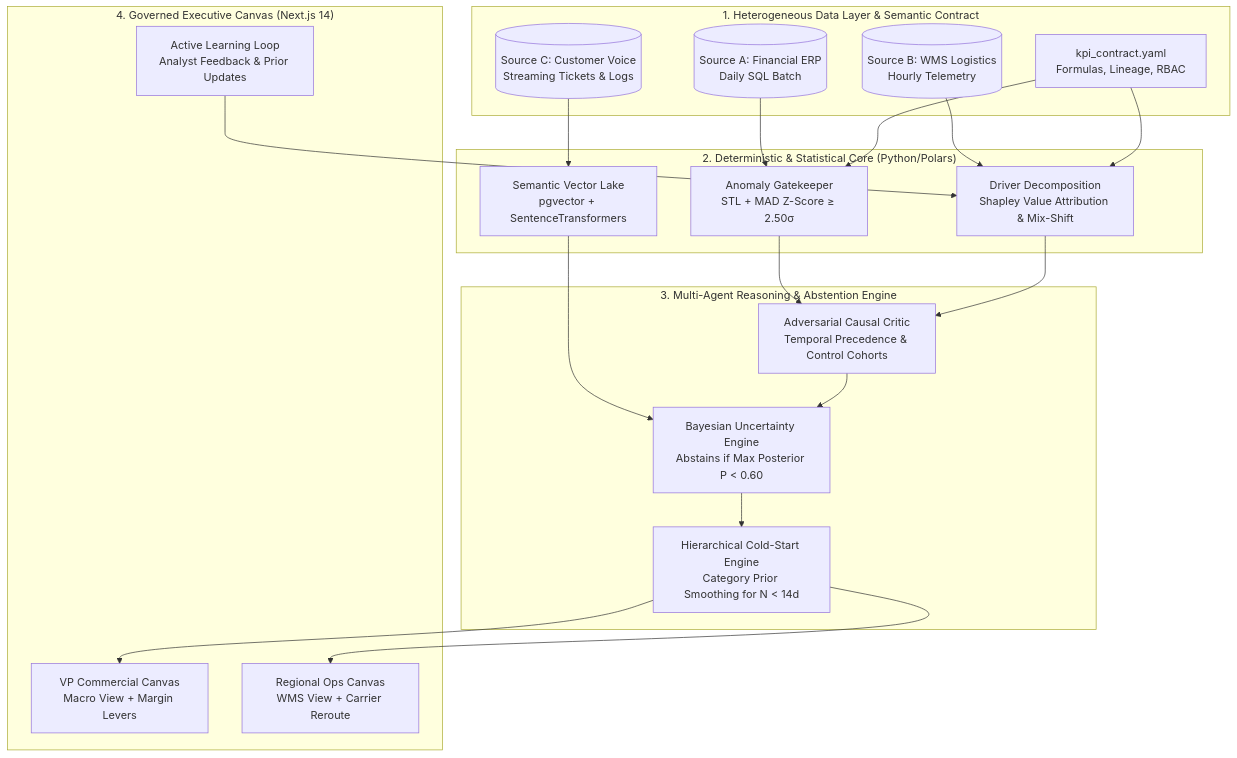
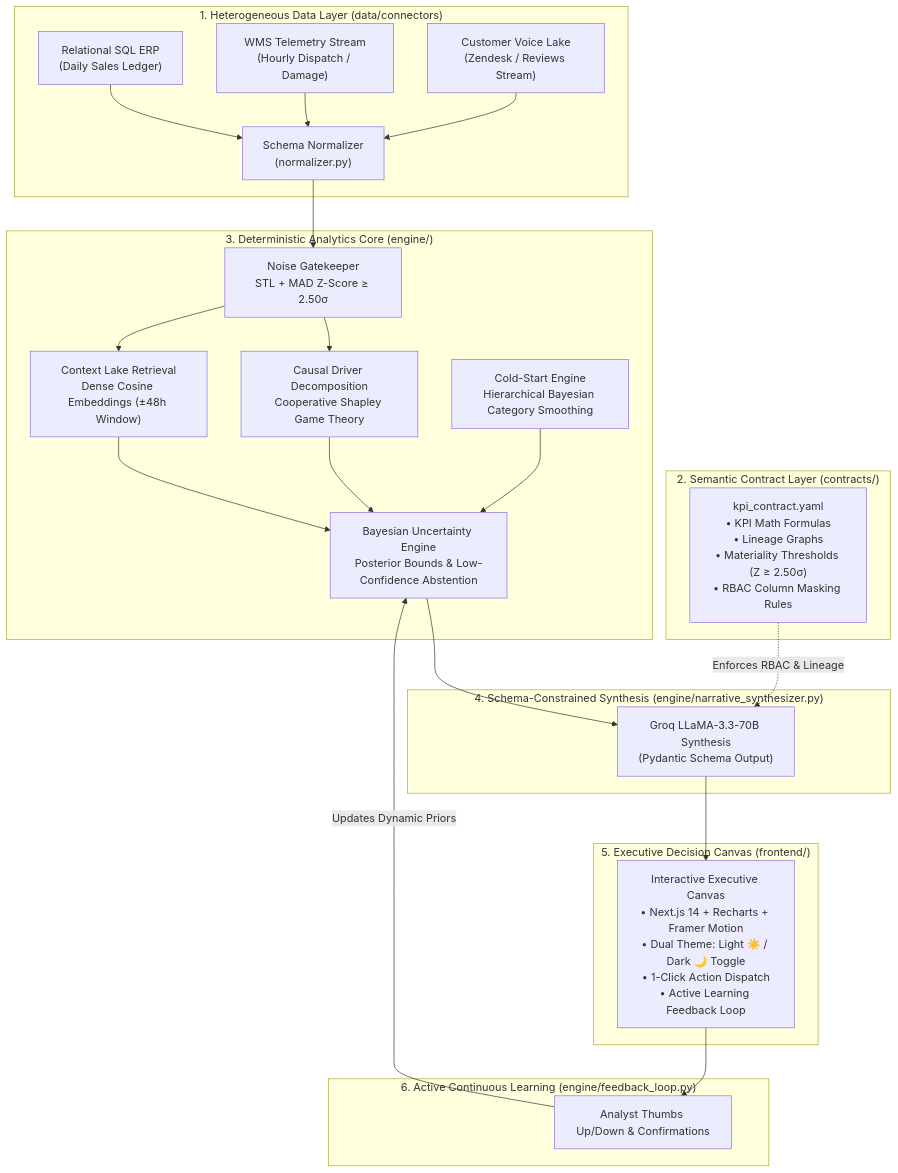
Before and after one commit to artignite3/BusinessIntelligence.ai: the diagram in README.md, drawn with Mermaid. The commit also changed other lines of this file and 2 other files, not shown here.

````diff
--- a/README.md
+++ b/README.md
@@ -36,41 +27,47 @@
 ```mermaid
 flowchart TD
-    subgraph Ingestion["1. Heterogeneous Data Layer & Semantic Contract"]
-        A1[(Source A: Financial ERP<br/>Daily SQL Batch)]
-        A2[(Source B: WMS Logistics<br/>Hourly Telemetry)]
-        A3[(Source C: Customer Voice<br/>Streaming Tickets & Logs)]
-        SC[kpi_contract.yaml<br/>Formulas, Lineage, RBAC]
+    subgraph DataIngestion ["1. Heterogeneous Data Layer (data/connectors)"]
+        S1["Relational SQL ERP<br/>(Daily Sales Ledger)"]
+        S2["WMS Telemetry Stream<br/>(Hourly Dispatch / Damage)"]
+        S3["Customer Voice Lake<br/>(Zendesk / Reviews Stream)"]
+        NORM["Schema Normalizer<br/>(normalizer.py)"]
+        S1 --> NORM
+        S2 --> NORM
+        S3 --> NORM
     end
 
-    subgraph DeterministicCore["2. Deterministic & Statistical Core (Python/Polars)"]
-        B1["Anomaly Gatekeeper<br/>STL + MAD Z-Score ≥ 2.50σ"]
-        B2["Driver Decomposition<br/>Shapley Value Attribution & Mix-Shift"]
-        B3["Semantic Vector Lake<br/>pgvector + SentenceTransformers"]
+    subgraph Governance ["2. Semantic Contract Layer (contracts/)"]
+        YAML["kpi_contract.yaml<br/>• KPI Math Formulas<br/>• Lineage Graphs<br/>• Materiality Thresholds (Z ≥ 2.50σ)<br/>• RBAC Column Masking Rules"]
     end
 
-    subgraph CausalReasoning["3. Multi-Agent Reasoning & Abstention Engine"]
-        C1["Adversarial Causal Critic<br/>Temporal Precedence & Control Cohorts"]
-        C2["Bayesian Uncertainty Engine<br/>Abstains if Max Posterior P < 0.60"]
-        C3["Hierarchical Cold-Start Engine<br/>Category Prior Smoothing for N < 14d"]
+    subgraph AnalyticsEngine ["3. Deterministic Analytics Core (engine/)"]
+        ANOM["Noise Gatekeeper<br/>STL + MAD Z-Score ≥ 2.50σ"]
+        SHAP["Causal Driver Decomposition<br/>Cooperative Shapley Game Theory"]
+        VEC["Context Lake Retrieval<br/>Dense Cosine Embeddings (±48h Window)"]
+        BAYES["Bayesian Uncertainty Engine<br/>Posterior Bounds & Low-Confidence Abstention"]
+        COLD["Cold-Start Engine<br/>Hierarchical Bayesian Category Smoothing"]
+        NORM --> ANOM
+        ANOM --> SHAP
+        ANOM --> VEC
+        SHAP --> BAYES
+        VEC --> BAYES
+        COLD --> BAYES
     end
 
-    subgraph Presentation["4. Governed Executive Canvas (Next.js 14)"]
-        D1["VP Commercial Canvas<br/>Macro View + Margin Levers"]
-        D2["Regional Ops Canvas<br/>WMS View + Carrier Reroute"]
-        D3["Active Learning Loop<br/>Analyst Feedback & Prior Updates"]
+    subgraph Synthesis ["4. Schema-Constrained Synthesis (engine/narrative_synthesizer.py)"]
+        SYNTH["Groq LLaMA-3.3-70B Synthesis<br/>(Pydantic Schema Output)"]
+        BAYES --> SYNTH
+        YAML -.->|Enforces RBAC & Lineage| SYNTH
     end
 
-    A1 --> B1
-    A2 --> B2
-    A3 --> B3
-    SC --> B1
-    SC --> B2
-    B1 --> C1
-    B2 --> C1
-    B3 --> C2
-    C1 --> C2
-    C2 --> C3
-    C3 --> D1
-    C3 --> D2
-    D3 --> B2
+    subgraph Presentation ["5. Executive Decision Canvas (frontend/)"]
+        DASH["Interactive Executive Canvas<br/>• Next.js 14 + Recharts + Framer Motion<br/>• Dual Theme: Light ☀️ / Dark 🌙 Toggle<br/>• 1-Click Action Dispatch<br/>• Active Learning Feedback Loop"]
+        SYNTH --> DASH
+    end
+
+    subgraph Feedback ["6. Active Continuous Learning (engine/feedback_loop.py)"]
+        ACT["Analyst Thumbs Up/Down & Confirmations"]
+        DASH --> ACT
+        ACT -->|Updates Dynamic Priors| BAYES
+    end
 ```
````
